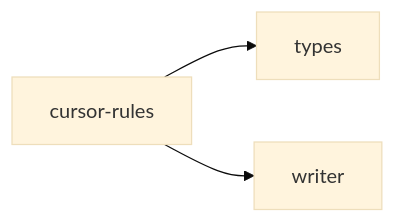
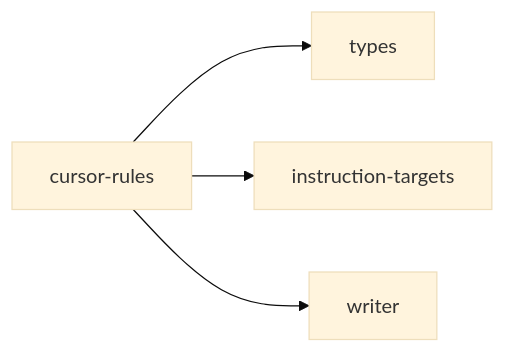
Before and after one commit to hellhellpnick/context-graph: the diagram in .cursor/rules/ctxgraph--src-graph-builder-deterministic-cursor-rules.mdc, drawn with Mermaid (base theme). The commit also changed other lines of this file and 200 other files, not shown here.

````diff
--- a/.cursor/rules/ctxgraph--src-graph-builder-deterministic-cursor-rules.mdc
+++ b/.cursor/rules/ctxgraph--src-graph-builder-deterministic-cursor-rules.mdc
@@ -14,6 +14,7 @@
 ```mermaid
 graph LR
   cursor_rules[cursor-rules]
   cursor_rules --> types[types]
+  cursor_rules --> instruction_targets[instruction-targets]
   cursor_rules --> writer[writer]
 ```
````
